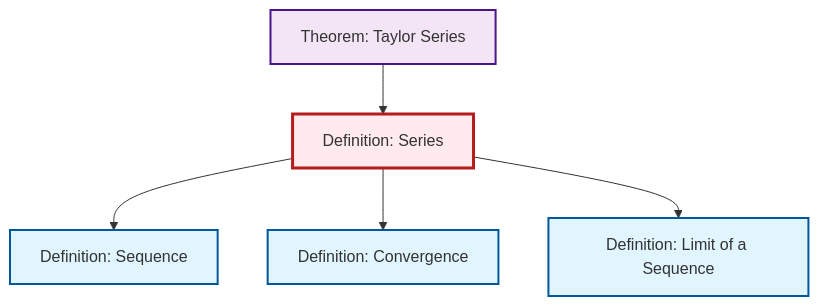
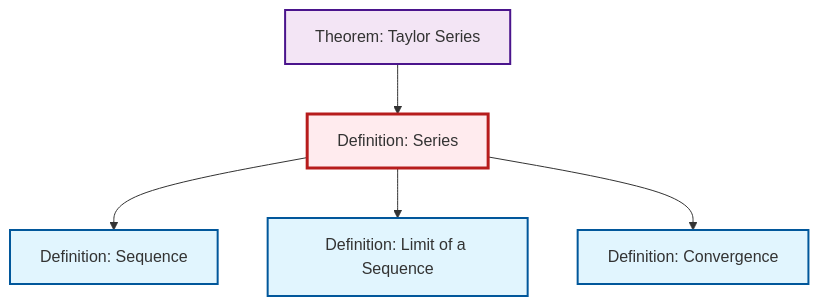
Before and after one commit to RK0429/ModernMath: the diagram in content/en/analysis/def-series.qmd, drawn with Mermaid. The commit also changed other lines of this file and 634 other files, not shown here.

````diff
--- a/content/en/analysis/def-series.qmd
+++ b/content/en/analysis/def-series.qmd
@@ -90,23 +90,23 @@
 ```{mermaid}
 %%| fig-cap: "Local dependency graph"
 graph TD
     classDef definition fill:#e1f5fe,stroke:#01579b,stroke-width:2px
     classDef theorem fill:#f3e5f5,stroke:#4a148c,stroke-width:2px
     classDef axiom fill:#fff3e0,stroke:#e65100,stroke-width:2px
     classDef example fill:#e8f5e9,stroke:#1b5e20,stroke-width:2px
     classDef current fill:#ffebee,stroke:#b71c1c,stroke-width:3px
     def-convergence["Definition: Convergence"]:::definition
-    thm-taylor-series["Theorem: Taylor Series"]:::theorem
     def-sequence["Definition: Sequence"]:::definition
     def-series["Definition: Series"]:::definition
     def-limit["Definition: Limit of a Sequence"]:::definition
+    thm-taylor-series["Theorem: Taylor Series"]:::theorem
+    def-series --> def-sequence
     thm-taylor-series --> def-series
-    def-series --> def-sequence
+    def-series --> def-limit
     def-series --> def-convergence
-    def-series --> def-limit
     class def-series current
     click def-convergence "def-convergence.html" "Go to Convergence definition"
-    click thm-taylor-series "thm-taylor-series.html" "Go to Taylor Series theorem"
     click def-sequence "def-sequence.html" "Go to Sequence definition"
     click def-limit "def-limit.html" "Go to Limit of a Sequence definition"
+    click thm-taylor-series "thm-taylor-series.html" "Go to Taylor Series theorem"
 ```
````
